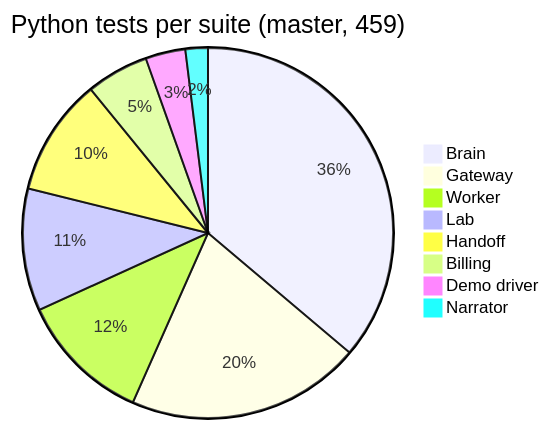
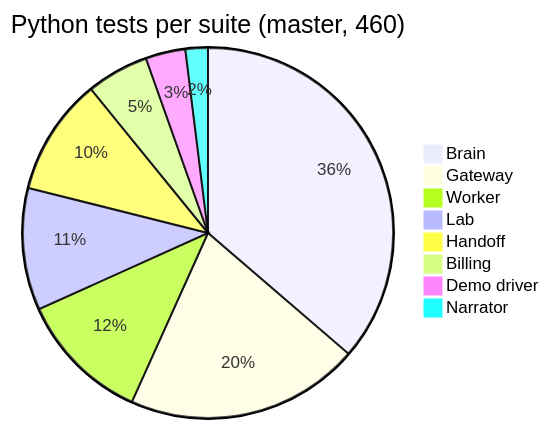
One commit to yashodeepchaudhari/tenantguard changed the diagram in prototype-docs/10_TESTING.md. Above: the diagram before and after it, drawn with Mermaid. The commit also changed other lines of this file and 4 other files, not shown here.

````diff
--- a/prototype-docs/10_TESTING.md
+++ b/prototype-docs/10_TESTING.md
@@ -23,11 +23,11 @@
 ```mermaid
-pie title Python tests per suite (master, 459)
-  "Brain" : 166
+pie title Python tests per suite (master, 460)
+  "Brain" : 167
   "Gateway" : 94
   "Worker" : 53
   "Lab" : 49
   "Handoff" : 47
   "Billing" : 25
   "Demo driver" : 16
   "Narrator" : 9
 ```
````
